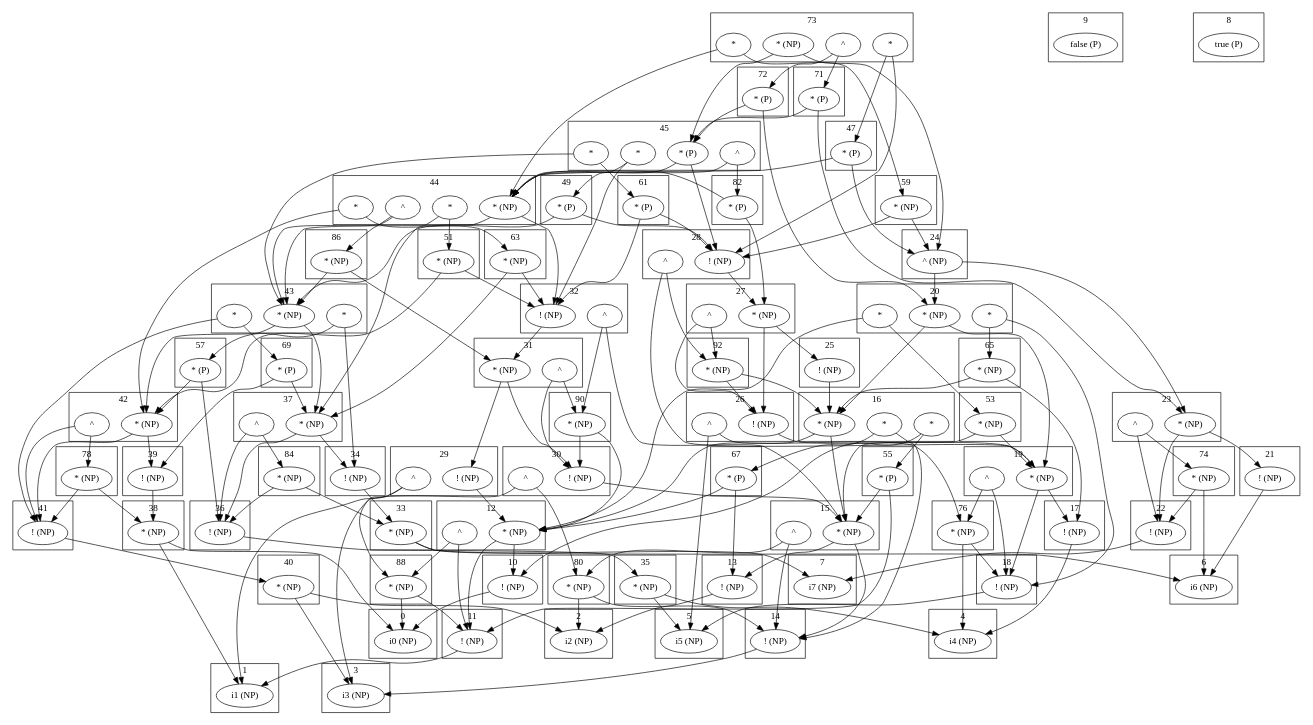
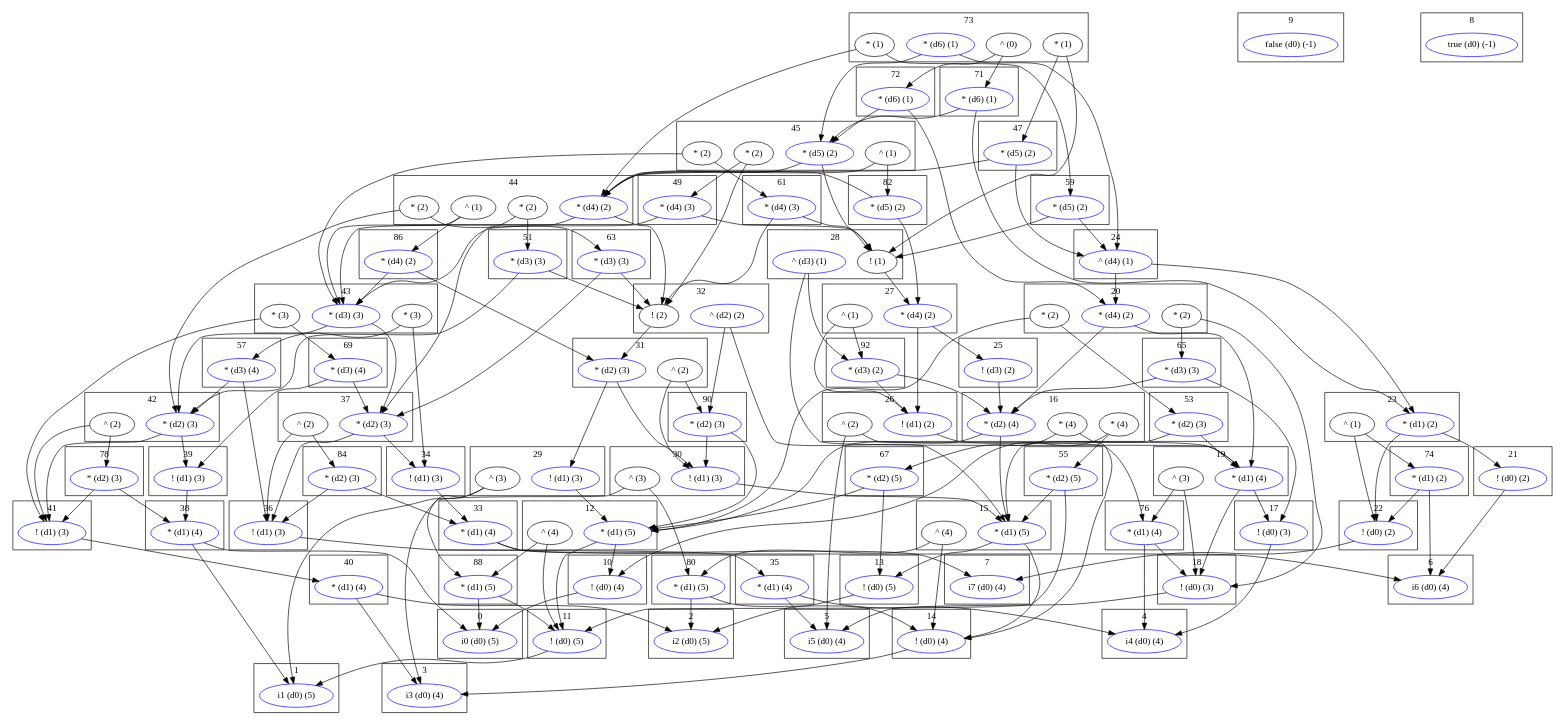
One commit to panther03/fhe-egraphs changed the diagram in eqsat-opt/egraph.dot. Above: the diagram before and after it, drawn with Graphviz. The commit also changed 17 other files, not shown here.

```diff
--- a/eqsat-opt/egraph.dot
+++ b/eqsat-opt/egraph.dot
@@ -1,315 +1,315 @@
 digraph EGraph {
 subgraph cluster_ec0 {
 label="0";
-"0_0" [label="i0 (NP)"];
+"0_0" [color=blue,label="i0 (d0) (5)"];
 }
 subgraph cluster_ec19 {
 label="19";
-"19_0" [label="* (NP)"];
-"19_1" [label="^"];
+"19_0" [color=blue,label="* (d1) (4)"];
+"19_1" [label="^ (3)"];
 }
 subgraph cluster_ec73 {
 label="73";
-"73_0" [label="* (NP)"];
-"73_1" [label="*"];
-"73_2" [label="*"];
-"73_3" [label="^"];
+"73_0" [color=blue,label="* (d6) (1)"];
+"73_1" [label="* (1)"];
+"73_2" [label="* (1)"];
+"73_3" [label="^ (0)"];
 }
 subgraph cluster_ec38 {
 label="38";
-"38_0" [label="* (NP)"];
+"38_0" [color=blue,label="* (d1) (4)"];
 }
 subgraph cluster_ec92 {
 label="92";
-"92_0" [label="* (NP)"];
+"92_0" [color=blue,label="* (d3) (2)"];
 }
 subgraph cluster_ec57 {
 label="57";
-"57_0" [label="* (P)"];
+"57_0" [color=blue,label="* (d3) (4)"];
 }
 subgraph cluster_ec3 {
 label="3";
-"3_0" [label="i3 (NP)"];
+"3_0" [color=blue,label="i3 (d0) (4)"];
 }
 subgraph cluster_ec76 {
 label="76";
-"76_0" [label="* (NP)"];
+"76_0" [color=blue,label="* (d1) (4)"];
 }
 subgraph cluster_ec22 {
 label="22";
-"22_0" [label="! (NP)"];
+"22_0" [color=blue,label="! (d0) (2)"];
 }
 subgraph cluster_ec41 {
 label="41";
-"41_0" [label="! (NP)"];
+"41_0" [color=blue,label="! (d1) (3)"];
 }
 subgraph cluster_ec6 {
 label="6";
-"6_0" [label="i6 (NP)"];
+"6_0" [color=blue,label="i6 (d0) (4)"];
 }
 subgraph cluster_ec25 {
 label="25";
-"25_0" [label="! (NP)"];
+"25_0" [color=blue,label="! (d3) (2)"];
 }
 subgraph cluster_ec44 {
 label="44";
-"44_0" [label="* (NP)"];
-"44_1" [label="*"];
-"44_2" [label="*"];
-"44_3" [label="^"];
+"44_0" [color=blue,label="* (d4) (2)"];
+"44_1" [label="* (2)"];
+"44_2" [label="* (2)"];
+"44_3" [label="^ (1)"];
 }
 subgraph cluster_ec63 {
 label="63";
-"63_0" [label="* (NP)"];
+"63_0" [color=blue,label="* (d3) (3)"];
 }
 subgraph cluster_ec9 {
 label="9";
-"9_0" [label="false (P)"];
+"9_0" [color=blue,label="false (d0) (-1)"];
 }
 subgraph cluster_ec82 {
 label="82";
-"82_0" [label="* (P)"];
+"82_0" [color=blue,label="* (d5) (2)"];
 }
 subgraph cluster_ec28 {
 label="28";
-"28_0" [label="! (NP)"];
-"28_1" [label="^"];
+"28_0" [label="! (1)"];
+"28_1" [color=blue,label="^ (d3) (1)"];
 }
 subgraph cluster_ec47 {
 label="47";
-"47_0" [label="* (P)"];
+"47_0" [color=blue,label="* (d5) (2)"];
 }
 subgraph cluster_ec12 {
 label="12";
-"12_0" [label="* (NP)"];
-"12_1" [label="^"];
+"12_0" [color=blue,label="* (d1) (5)"];
+"12_1" [label="^ (4)"];
 }
 subgraph cluster_ec31 {
 label="31";
-"31_0" [label="* (NP)"];
-"31_1" [label="^"];
+"31_0" [color=blue,label="* (d2) (3)"];
+"31_1" [label="^ (2)"];
 }
 subgraph cluster_ec69 {
 label="69";
-"69_0" [label="* (P)"];
+"69_0" [color=blue,label="* (d3) (4)"];
 }
 subgraph cluster_ec15 {
 label="15";
-"15_0" [label="* (NP)"];
-"15_1" [label="^"];
+"15_0" [color=blue,label="* (d1) (5)"];
+"15_1" [label="^ (4)"];
 }
 subgraph cluster_ec88 {
 label="88";
-"88_0" [label="* (NP)"];
+"88_0" [color=blue,label="* (d1) (5)"];
 }
 subgraph cluster_ec34 {
 label="34";
-"34_0" [label="! (NP)"];
+"34_0" [color=blue,label="! (d1) (3)"];
 }
 subgraph cluster_ec53 {
 label="53";
-"53_0" [label="* (NP)"];
+"53_0" [color=blue,label="* (d2) (3)"];
 }
 subgraph cluster_ec72 {
 label="72";
-"72_0" [label="* (P)"];
+"72_0" [color=blue,label="* (d6) (1)"];
 }
 subgraph cluster_ec18 {
 label="18";
-"18_0" [label="! (NP)"];
+"18_0" [color=blue,label="! (d0) (3)"];
 }
 subgraph cluster_ec37 {
 label="37";
-"37_0" [label="* (NP)"];
-"37_1" [label="^"];
+"37_0" [color=blue,label="* (d2) (3)"];
+"37_1" [label="^ (2)"];
 }
 subgraph cluster_ec2 {
 label="2";
-"2_0" [label="i2 (NP)"];
+"2_0" [color=blue,label="i2 (d0) (5)"];
 }
 subgraph cluster_ec21 {
 label="21";
-"21_0" [label="! (NP)"];
+"21_0" [color=blue,label="! (d0) (2)"];
 }
 subgraph cluster_ec40 {
 label="40";
-"40_0" [label="* (NP)"];
+"40_0" [color=blue,label="* (d1) (4)"];
 }
 subgraph cluster_ec59 {
 label="59";
-"59_0" [label="* (NP)"];
+"59_0" [color=blue,label="* (d5) (2)"];
 }
 subgraph cluster_ec5 {
 label="5";
-"5_0" [label="i5 (NP)"];
+"5_0" [color=blue,label="i5 (d0) (4)"];
 }
 subgraph cluster_ec78 {
 label="78";
-"78_0" [label="* (NP)"];
+"78_0" [color=blue,label="* (d2) (3)"];
 }
 subgraph cluster_ec24 {
 label="24";
-"24_0" [label="^ (NP)"];
+"24_0" [color=blue,label="^ (d4) (1)"];
 }
 subgraph cluster_ec43 {
 label="43";
-"43_0" [label="* (NP)"];
-"43_1" [label="*"];
-"43_2" [label="*"];
+"43_0" [color=blue,label="* (d3) (3)"];
+"43_1" [label="* (3)"];
+"43_2" [label="* (3)"];
 }
 subgraph cluster_ec8 {
 label="8";
-"8_0" [label="true (P)"];
+"8_0" [color=blue,label="true (d0) (-1)"];
 }
 subgraph cluster_ec27 {
 label="27";
-"27_0" [label="* (NP)"];
-"27_1" [label="^"];
+"27_0" [color=blue,label="* (d4) (2)"];
+"27_1" [label="^ (1)"];
 }
 subgraph cluster_ec65 {
 label="65";
-"65_0" [label="* (NP)"];
+"65_0" [color=blue,label="* (d3) (3)"];
 }
 subgraph cluster_ec11 {
 label="11";
-"11_0" [label="! (NP)"];
+"11_0" [color=blue,label="! (d0) (5)"];
 }
 subgraph cluster_ec84 {
 label="84";
-"84_0" [label="* (NP)"];
+"84_0" [color=blue,label="* (d2) (3)"];
 }
 subgraph cluster_ec30 {
 label="30";
-"30_0" [label="! (NP)"];
-"30_1" [label="^"];
+"30_0" [color=blue,label="! (d1) (3)"];
+"30_1" [label="^ (3)"];
 }
 subgraph cluster_ec49 {
 label="49";
-"49_0" [label="* (P)"];
+"49_0" [color=blue,label="* (d4) (3)"];
 }
 subgraph cluster_ec14 {
 label="14";
-"14_0" [label="! (NP)"];
+"14_0" [color=blue,label="! (d0) (4)"];
 }
 subgraph cluster_ec33 {
 label="33";
-"33_0" [label="* (NP)"];
+"33_0" [color=blue,label="* (d1) (4)"];
 }
 subgraph cluster_ec71 {
 label="71";
-"71_0" [label="* (P)"];
+"71_0" [color=blue,label="* (d6) (1)"];
 }
 subgraph cluster_ec17 {
 label="17";
-"17_0" [label="! (NP)"];
+"17_0" [color=blue,label="! (d0) (3)"];
 }
 subgraph cluster_ec90 {
 label="90";
-"90_0" [label="* (NP)"];
+"90_0" [color=blue,label="* (d2) (3)"];
 }
 subgraph cluster_ec36 {
 label="36";
-"36_0" [label="! (NP)"];
+"36_0" [color=blue,label="! (d1) (3)"];
 }
 subgraph cluster_ec55 {
 label="55";
-"55_0" [label="* (P)"];
+"55_0" [color=blue,label="* (d2) (5)"];
 }
 subgraph cluster_ec1 {
 label="1";
-"1_0" [label="i1 (NP)"];
+"1_0" [color=blue,label="i1 (d0) (5)"];
 }
 subgraph cluster_ec74 {
 label="74";
-"74_0" [label="* (NP)"];
+"74_0" [color=blue,label="* (d1) (2)"];
 }
 subgraph cluster_ec20 {
 label="20";
-"20_0" [label="* (NP)"];
-"20_1" [label="*"];
-"20_2" [label="*"];
+"20_0" [color=blue,label="* (d4) (2)"];
+"20_1" [label="* (2)"];
+"20_2" [label="* (2)"];
 }
 subgraph cluster_ec39 {
 label="39";
-"39_0" [label="! (NP)"];
+"39_0" [color=blue,label="! (d1) (3)"];
 }
 subgraph cluster_ec4 {
 label="4";
-"4_0" [label="i4 (NP)"];
+"4_0" [color=blue,label="i4 (d0) (4)"];
 }
 subgraph cluster_ec23 {
 label="23";
-"23_0" [label="* (NP)"];
-"23_1" [label="^"];
+"23_0" [color=blue,label="* (d1) (2)"];
+"23_1" [label="^ (1)"];
 }
 subgraph cluster_ec42 {
 label="42";
-"42_0" [label="* (NP)"];
-"42_1" [label="^"];
+"42_0" [color=blue,label="* (d2) (3)"];
+"42_1" [label="^ (2)"];
 }
 subgraph cluster_ec61 {
 label="61";
-"61_0" [label="* (P)"];
+"61_0" [color=blue,label="* (d4) (3)"];
 }
 subgraph cluster_ec7 {
 label="7";
-"7_0" [label="i7 (NP)"];
+"7_0" [color=blue,label="i7 (d0) (4)"];
 }
 subgraph cluster_ec80 {
 label="80";
-"80_0" [label="* (NP)"];
+"80_0" [color=blue,label="* (d1) (5)"];
 }
 subgraph cluster_ec26 {
 label="26";
-"26_0" [label="! (NP)"];
-"26_1" [label="^"];
+"26_0" [color=blue,label="! (d1) (2)"];
+"26_1" [label="^ (2)"];
 }
 subgraph cluster_ec45 {
 label="45";
-"45_0" [label="* (P)"];
-"45_1" [label="*"];
-"45_2" [label="*"];
-"45_3" [label="^"];
+"45_0" [color=blue,label="* (d5) (2)"];
+"45_1" [label="* (2)"];
+"45_2" [label="* (2)"];
+"45_3" [label="^ (1)"];
 }
 subgraph cluster_ec10 {
 label="10";
-"10_0" [label="! (NP)"];
+"10_0" [color=blue,label="! (d0) (4)"];
 }
 subgraph cluster_ec29 {
 label="29";
-"29_0" [label="! (NP)"];
-"29_1" [label="^"];
+"29_0" [color=blue,label="! (d1) (3)"];
+"29_1" [label="^ (3)"];
 }
 subgraph cluster_ec67 {
 label="67";
-"67_0" [label="* (P)"];
+"67_0" [color=blue,label="* (d2) (5)"];
 }
 subgraph cluster_ec13 {
 label="13";
-"13_0" [label="! (NP)"];
+"13_0" [color=blue,label="! (d0) (5)"];
 }
 subgraph cluster_ec86 {
 label="86";
-"86_0" [label="* (NP)"];
+"86_0" [color=blue,label="* (d4) (2)"];
 }
 subgraph cluster_ec32 {
 label="32";
-"32_0" [label="! (NP)"];
-"32_1" [label="^"];
+"32_0" [label="! (2)"];
+"32_1" [color=blue,label="^ (d2) (2)"];
 }
 subgraph cluster_ec51 {
 label="51";
-"51_0" [label="* (NP)"];
+"51_0" [color=blue,label="* (d3) (3)"];
 }
 subgraph cluster_ec16 {
 label="16";
-"16_0" [label="* (NP)"];
-"16_1" [label="*"];
-"16_2" [label="*"];
+"16_0" [color=blue,label="* (d2) (4)"];
+"16_1" [label="* (4)"];
+"16_2" [label="* (4)"];
 }
 subgraph cluster_ec35 {
 label="35";
-"35_0" [label="* (NP)"];
+"35_0" [color=blue,label="* (d1) (4)"];
 }
 "19_0" -> "17_0" [lhead=cluster_ec17];
 "19_0" -> "18_0" [lhead=cluster_ec18];
```
